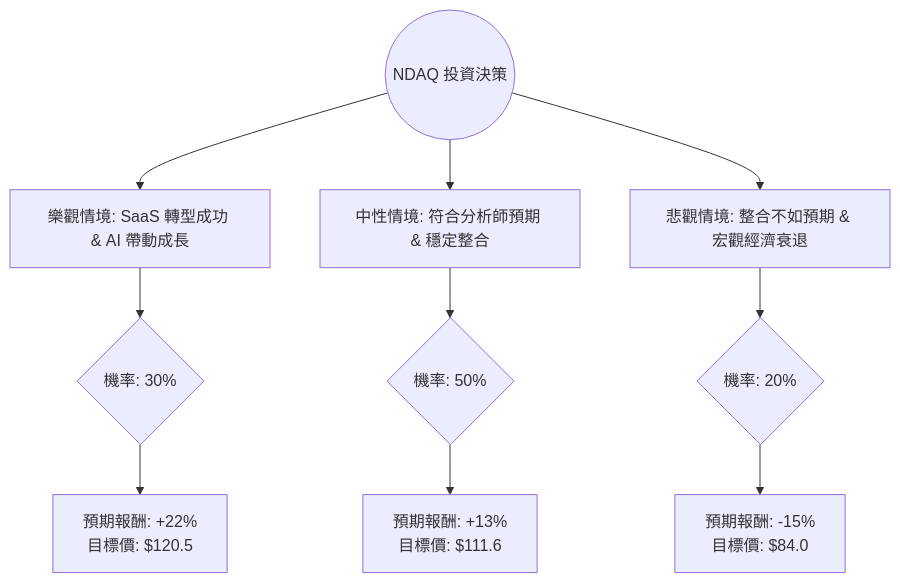
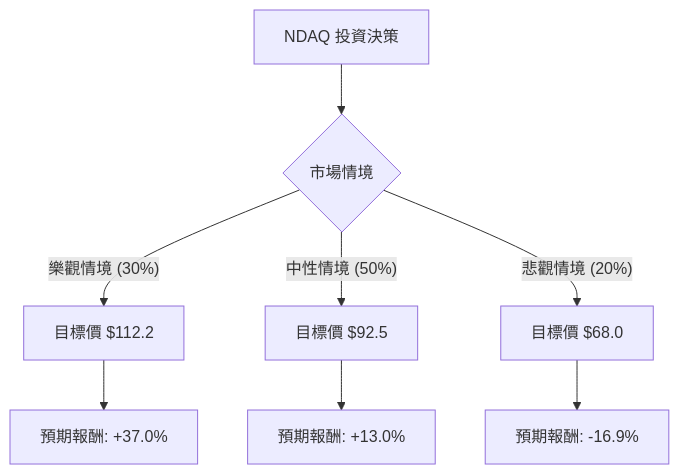
One commit to zmcx16/zmcx16.github.io changed the diagram in plugin-react/ai-analysis/ev-analysis/NDAQ.md. Above: the diagram before and after it, drawn with Mermaid. The commit also changed other lines of this file and 76 other files, not shown here.

````diff
--- a/plugin-react/ai-analysis/ev-analysis/NDAQ.md
+++ b/plugin-react/ai-analysis/ev-analysis/NDAQ.md
@@ -19,15 +21,13 @@
 ```mermaid
 graph TD
-    Start((NDAQ 投資決策)) --> Bull[樂觀情境: SaaS 轉型成功 & AI 帶動成長]
-    Start --> Base[中性情境: 符合分析師預期 & 穩定整合]
-    Start --> Bear[悲觀情境: 整合不如預期 & 宏觀經濟衰退]
-
-    Bull --> BullProb{機率: 30%}
-    BullProb --> BullReturn[預期報酬: +22% <br> 目標價: $120.5]
-
-    Base --> BaseProb{機率: 50%}
-    BaseProb --> BaseReturn[預期報酬: +13% <br> 目標價: $111.6]
-
-    Bear --> BearProb{機率: 20%}
-    BearProb --> BearReturn[預期報酬: -15% <br> 目標價: $84.0]
+    A[NDAQ 投資決策] --> B{市場情境}
+    
+    B -- 樂觀情境 (30%) --> C[目標價 $112.2]
+    C --> C1[預期報酬: +37.0%]
+    
+    B -- 中性情境 (50%) --> D[目標價 $92.5]
+    D --> D1[預期報酬: +13.0%]
+    
+    B -- 悲觀情境 (20%) --> E[目標價 $68.0]
+    E --> E1[預期報酬: -16.9%]
 ```
````
